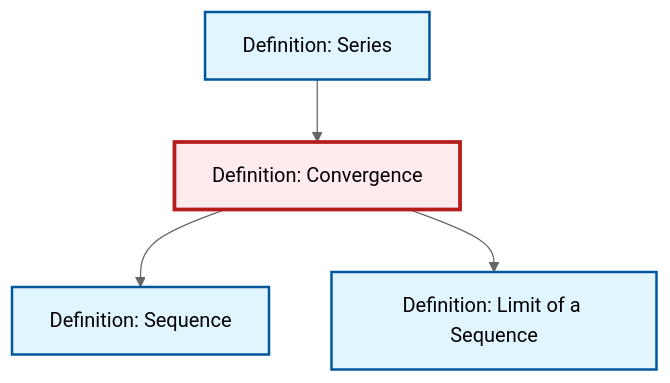
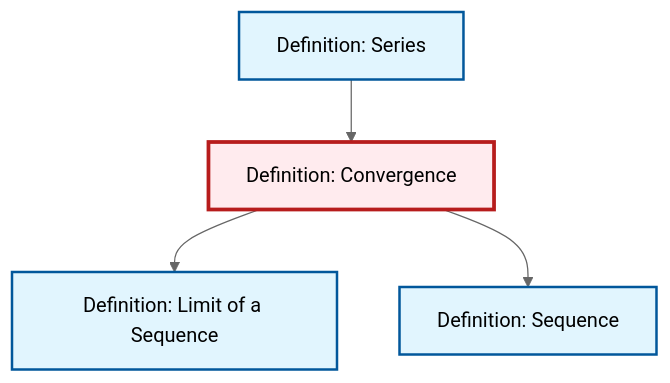
One commit to RK0429/ModernMath changed the diagram in content/ja/analysis/def-convergence.qmd. Above: the diagram before and after it, drawn with Mermaid (neutral theme). The commit also changed other lines of this file and 360 other files, not shown here.

````diff
--- a/content/ja/analysis/def-convergence.qmd
+++ b/content/ja/analysis/def-convergence.qmd
@@ -77,20 +77,20 @@
 ```{mermaid}
 %%| fig-cap: "Local dependency graph"
 graph TD
     classDef definition fill:#e1f5fe,stroke:#01579b,stroke-width:2px
     classDef theorem fill:#f3e5f5,stroke:#4a148c,stroke-width:2px
     classDef axiom fill:#fff3e0,stroke:#e65100,stroke-width:2px
     classDef example fill:#e8f5e9,stroke:#1b5e20,stroke-width:2px
     classDef current fill:#ffebee,stroke:#b71c1c,stroke-width:3px
+    def-convergence["Definition: Convergence"]:::definition
     def-series["Definition: Series"]:::definition
-    def-convergence["Definition: Convergence"]:::definition
+    def-sequence["Definition: Sequence"]:::definition
     def-limit["Definition: Limit of a Sequence"]:::definition
-    def-sequence["Definition: Sequence"]:::definition
+    def-convergence --> def-limit
+    def-series --> def-convergence
     def-convergence --> def-sequence
-    def-series --> def-convergence
-    def-convergence --> def-limit
     class def-convergence current
     click def-series "def-series.html" "Definition: Seriesへ"
+    click def-sequence "def-sequence.html" "Definition: Sequenceへ"
     click def-limit "def-limit.html" "Definition: Limit of a Sequenceへ"
-    click def-sequence "def-sequence.html" "Definition: Sequenceへ"
 ```
````
